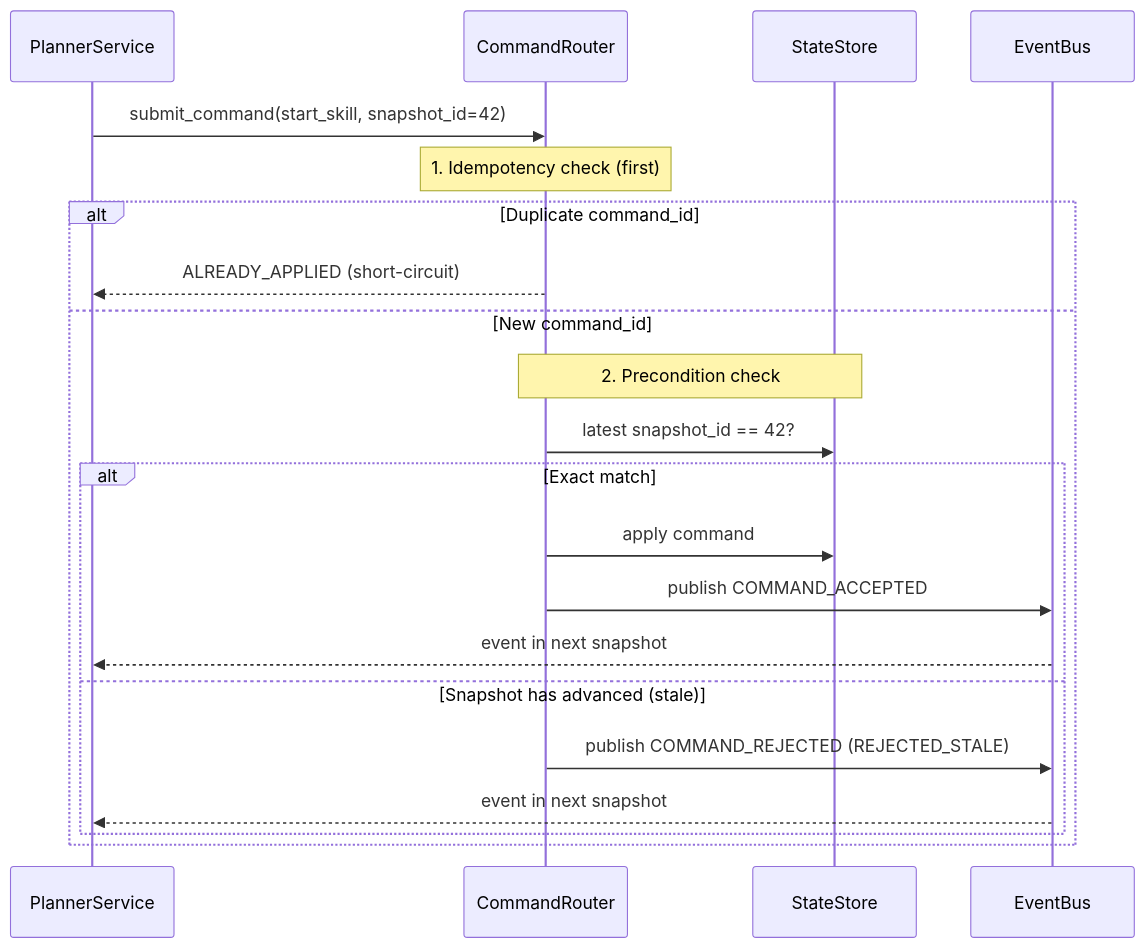
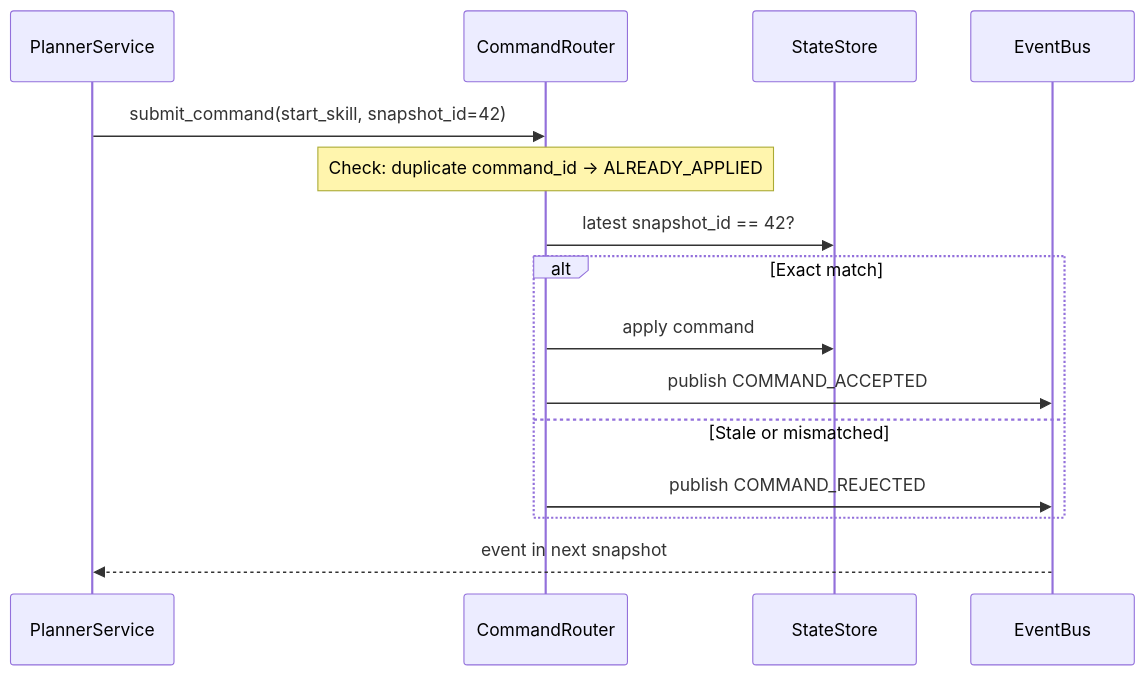
The fourth of 8 diagrams in docs/README.md (andrei-ace/HALO), drawn with Mermaid before and after one commit. The commit also changed other lines of this file and 2 other files, not shown here.

First line of the commit message:
docs: trim stale content, add cognitive backend section, fix phase IDs

````diff
--- a/docs/README.md
+++ b/docs/README.md
@@ -94,25 +94,18 @@
 ```mermaid
 sequenceDiagram
     participant P as PlannerService
     participant CR as CommandRouter
     participant SS as StateStore
     participant EB as EventBus
 
     P->>CR: submit_command(start_skill, snapshot_id=42)
-
-    Note over CR: 1. Idempotency check (first)
-    alt Duplicate command_id
-        CR-->>P: ALREADY_APPLIED (short-circuit)
-    else New command_id
-        Note over CR,SS: 2. Precondition check
-        CR->>SS: latest snapshot_id == 42?
-        alt Exact match
-            CR->>SS: apply command
-            CR->>EB: publish COMMAND_ACCEPTED
-            EB-->>P: event in next snapshot
-        else Snapshot has advanced (stale)
-            CR->>EB: publish COMMAND_REJECTED (REJECTED_STALE)
-            EB-->>P: event in next snapshot
-        end
+    Note over CR: Check: duplicate command_id → ALREADY_APPLIED
+    CR->>SS: latest snapshot_id == 42?
+    alt Exact match
+        CR->>SS: apply command
+        CR->>EB: publish COMMAND_ACCEPTED
+    else Stale or mismatched
+        CR->>EB: publish COMMAND_REJECTED
     end
+    EB-->>P: event in next snapshot
 ```
````
